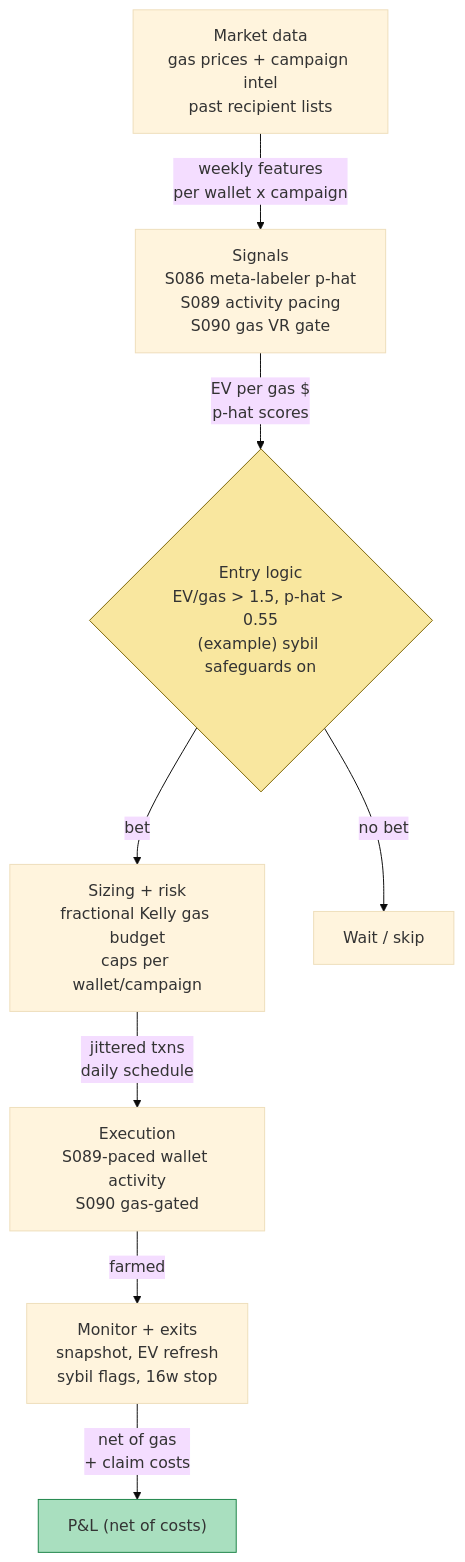
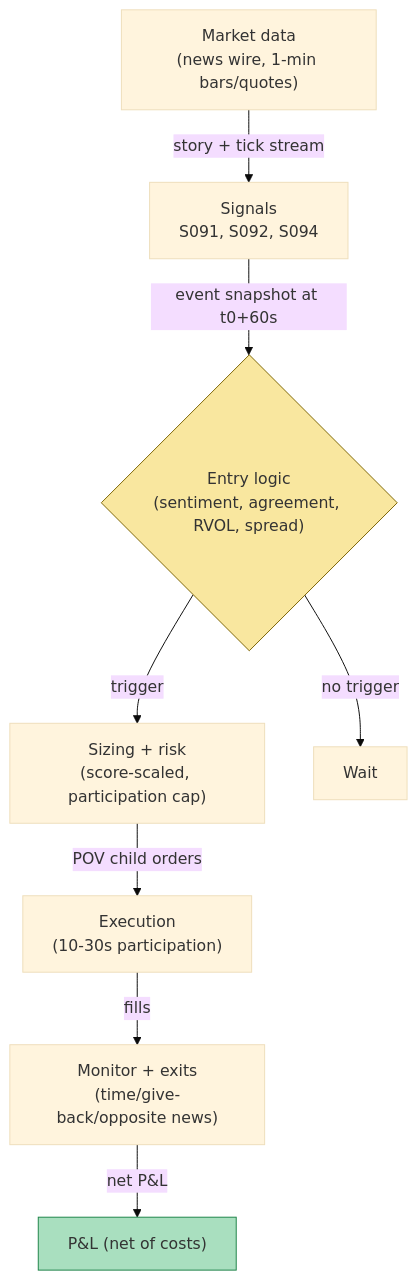
Before and after one commit to praveenguptahcl/quant-signals-deep: the diagram in batches/TB6/T059.md, drawn with Mermaid (base theme). The commit also changed other lines of this file and 67 other files, not shown here.

````diff
--- a/batches/TB6/T059.md
+++ b/batches/TB6/T059.md
@@ -136,12 +141,12 @@
 ```mermaid
 flowchart TD
-    DATA["Market data<br/>gas prices + campaign intel<br/>past recipient lists"] -->|"weekly features<br/>per wallet x campaign"| SIGS["Signals<br/>S086 meta-labeler p-hat<br/>S089 activity pacing<br/>S090 gas VR gate"]
-    SIGS -->|"EV per gas $<br/>p-hat scores"| ENTRY{"Entry logic<br/>EV/gas > 1.5, p-hat > 0.55<br/>(example) sybil safeguards on"}
-    ENTRY -->|bet| SIZE["Sizing + risk<br/>fractional Kelly gas budget<br/>caps per wallet/campaign"]
-    ENTRY -->|no bet| WAIT["Wait / skip"]
-    SIZE -->|"jittered txns<br/>daily schedule"| EXEC["Execution<br/>S089-paced wallet activity<br/>S090 gas-gated"]
-    EXEC -->|farmed| MON["Monitor + exits<br/>snapshot, EV refresh<br/>sybil flags, 16w stop"]
-    MON -->|"net of gas<br/>+ claim costs"| PNL["P&L (net of costs)"]
+    DATA["Market data<br/>(news wire, 1-min bars/quotes)"] -->|story + tick stream| SIGS["Signals<br/>S091, S092, S094"]
+    SIGS -->|event snapshot at t0+60s| ENTRY{"Entry logic<br/>(sentiment, agreement, RVOL, spread)"}
+    ENTRY -->|trigger| SIZE["Sizing + risk<br/>(score-scaled, participation cap)"]
+    ENTRY -->|no trigger| WAIT["Wait"]
+    SIZE -->|POV child orders| EXEC["Execution<br/>(10-30s participation)"]
+    EXEC -->|fills| MON["Monitor + exits<br/>(time/give-back/opposite news)"]
+    MON -->|net P&L| PNL["P&L (net of costs)"]
     style ENTRY fill:#f9e79f,stroke:#7d6608
     style PNL fill:#a9dfbf,stroke:#1e8449
 ```
````
